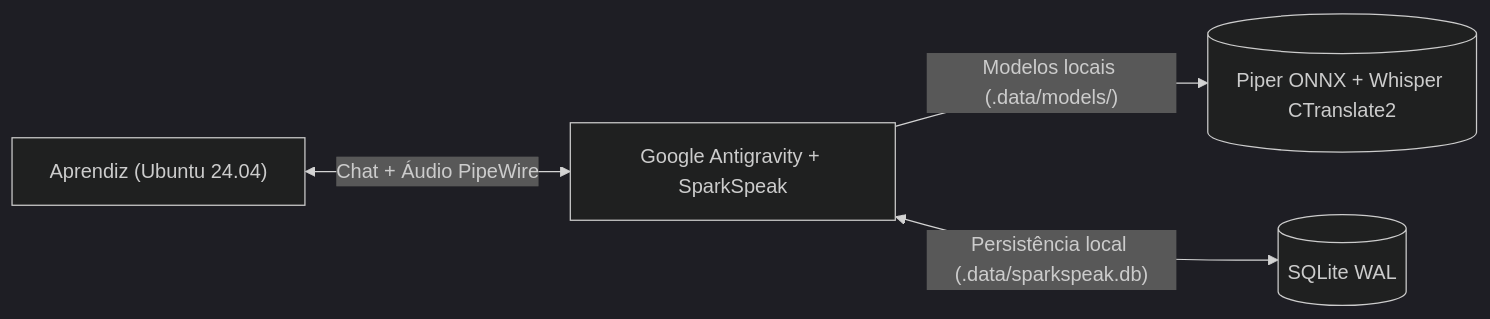
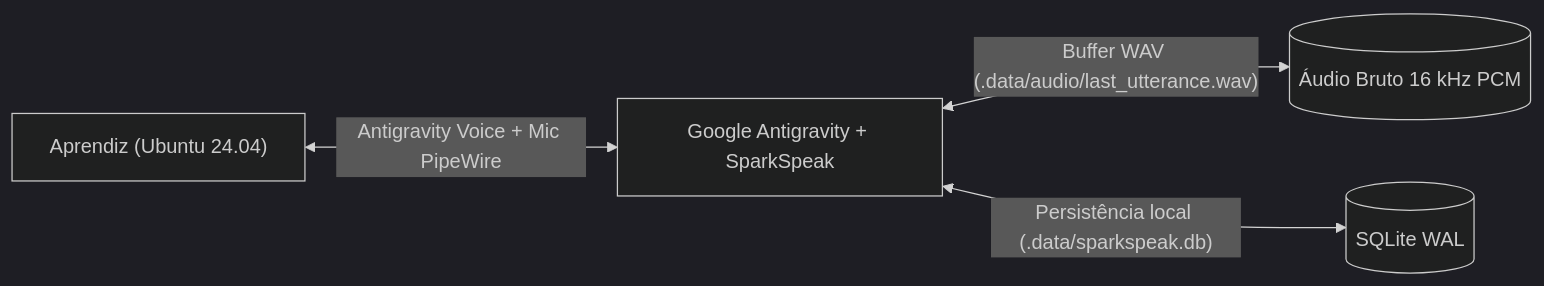
The first of 2 diagrams in docs/arquitetura-c4.md (tiaggofg/sparkspeak), drawn with Mermaid (dark theme) before and after one commit. The commit also changed other lines of this file and 41 other files, not shown here.

First line of the commit message:
feat(audio): add multimodal wav capture and kokoro tts

````diff
--- a/docs/arquitetura-c4.md
+++ b/docs/arquitetura-c4.md
@@ -5,6 +5,6 @@
 ```mermaid
 flowchart LR
-  User["Aprendiz (Ubuntu 24.04)"] <-->|"Chat + Áudio PipeWire"| AGY["Google Antigravity + SparkSpeak"]
-  AGY -->|"Modelos locais (.data/models/)"| Models[("Piper ONNX + Whisper CTranslate2")]
+  User["Aprendiz (Ubuntu 24.04)"] <-->|"Antigravity Voice + Mic PipeWire"| AGY["Google Antigravity + SparkSpeak"]
+  AGY <-->|"Buffer WAV (.data/audio/last_utterance.wav)"| WAV[("Áudio Bruto 16 kHz PCM")]
   AGY <-->|"Persistência local (.data/sparkspeak.db)"| DB[("SQLite WAL")]
 ```
````
